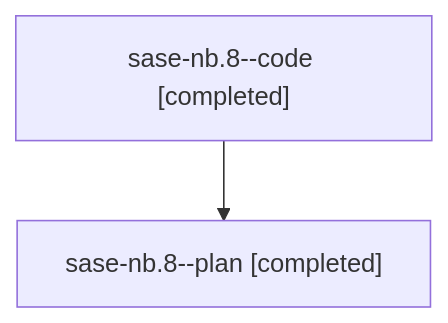
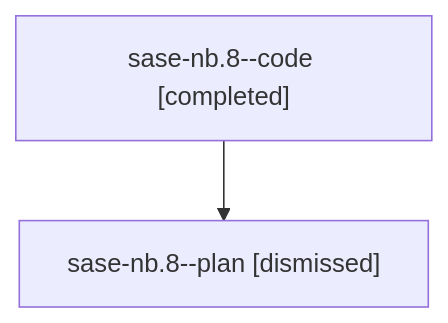
One commit to sase-org/sase--agents changed the diagram in families/bbugyi200.athena.sase-nb.8.md. Above: the diagram before and after it, drawn with Mermaid. The commit also changed other lines of this file and 287 other files, not shown here.

````diff
--- a/families/bbugyi200.athena.sase-nb.8.md
+++ b/families/bbugyi200.athena.sase-nb.8.md
@@ -9,6 +9,6 @@
 ```mermaid
 flowchart TD
   n0["sase-nb.8--code [completed]"]
-  n1["sase-nb.8--plan [completed]"]
+  n1["sase-nb.8--plan [dismissed]"]
   n0 --> n1
 ```
````
